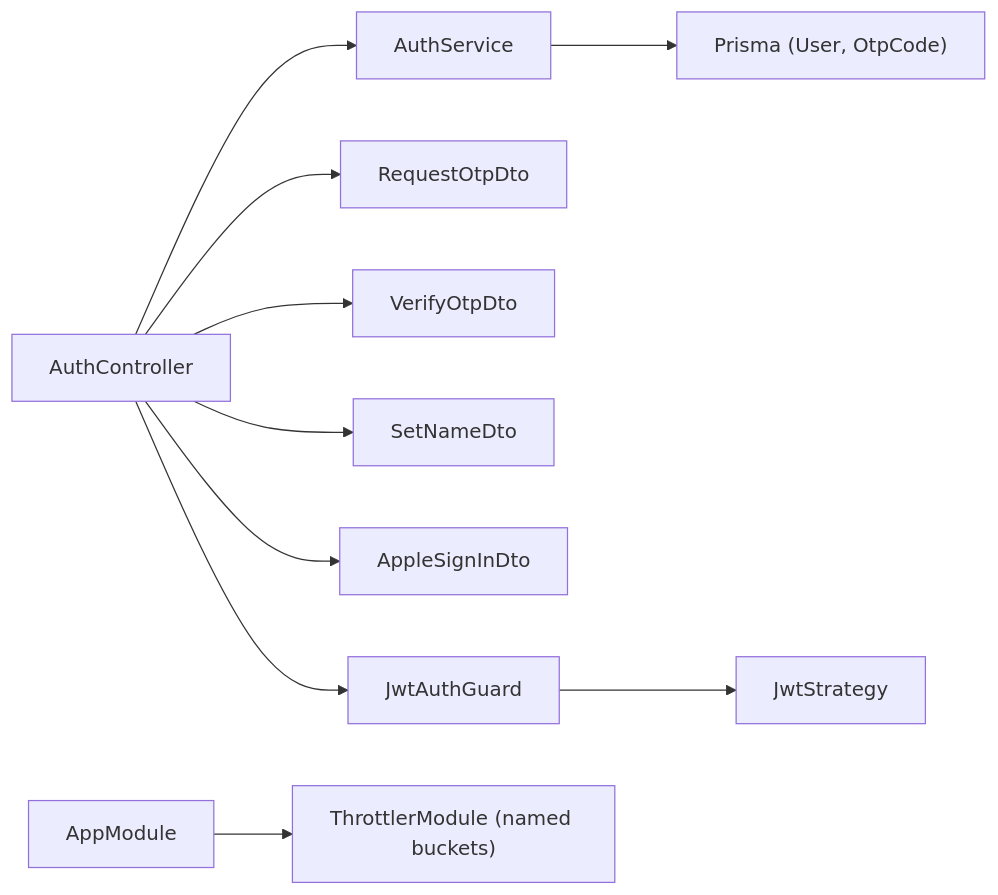
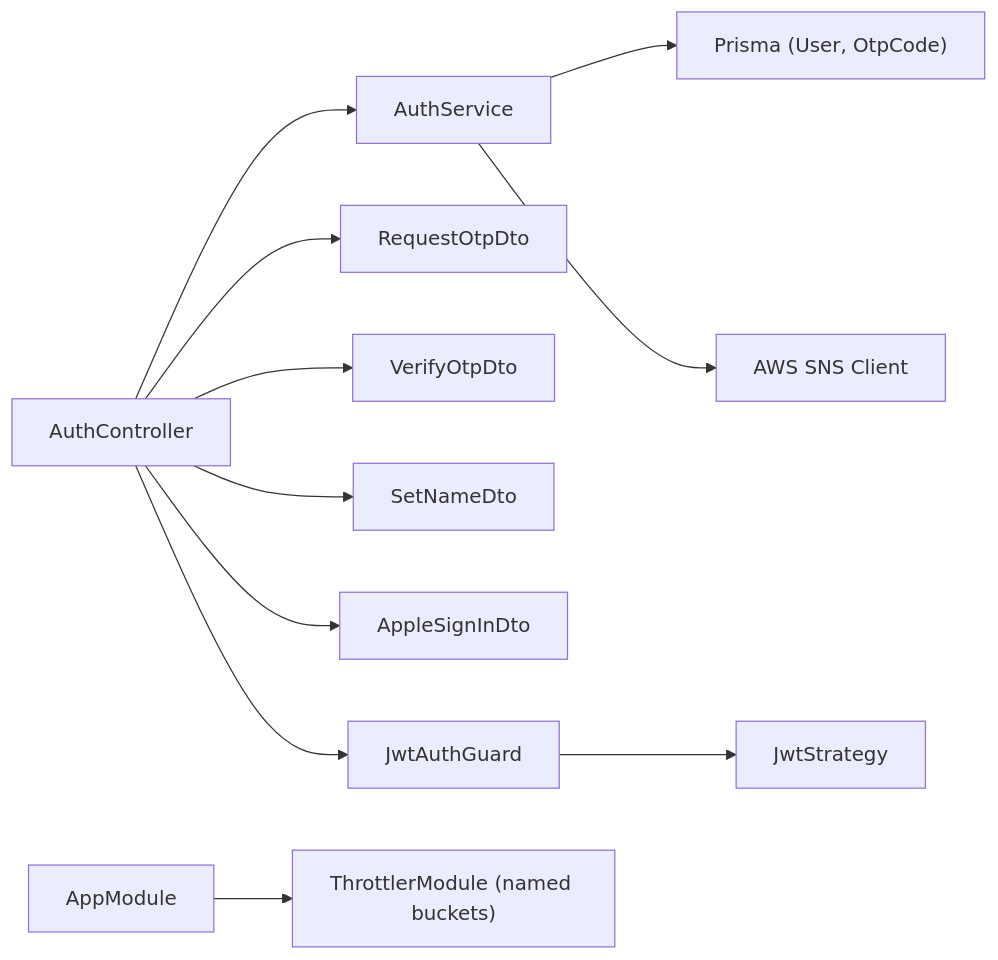
Before and after one commit to statgod6/4ever: the seventh of 7 diagrams in .qoder/repowiki/en/content/API Reference/Authentication API.md, drawn with Mermaid. The commit also changed other lines of this file and 116 other files, not shown here.

````diff
--- a/.qoder/repowiki/en/content/API Reference/Authentication API.md
+++ b/.qoder/repowiki/en/content/API Reference/Authentication API.md
@@ -382,12 +445,13 @@
 ```mermaid
 graph LR
 AC["AuthController"] --> AS["AuthService"]
 AC --> D1["RequestOtpDto"]
 AC --> D2["VerifyOtpDto"]
 AC --> D3["SetNameDto"]
 AC --> D4["AppleSignInDto"]
 AS --> PRISMA["Prisma (User, OtpCode)"]
+AS --> SNS["AWS SNS Client"]
 AC --> JG["JwtAuthGuard"]
 JG --> JS["JwtStrategy"]
 AM["AppModule"] --> TH["ThrottlerModule (named buckets)"]
 ```
````
